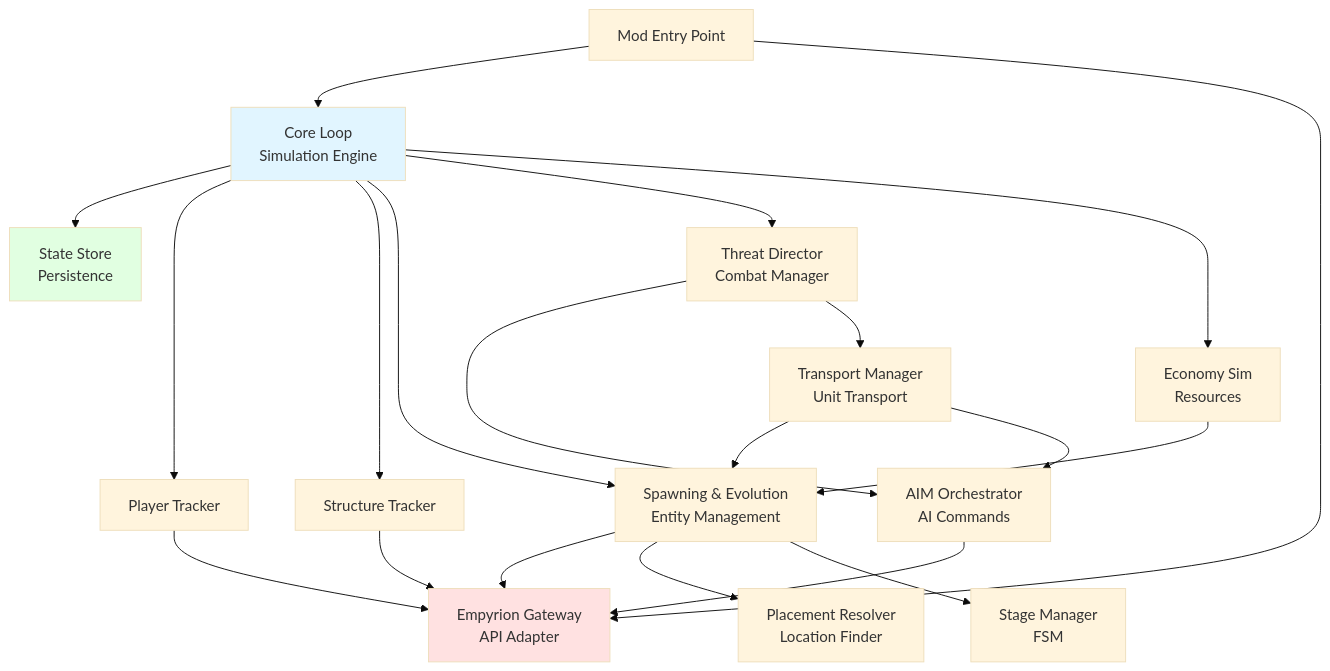
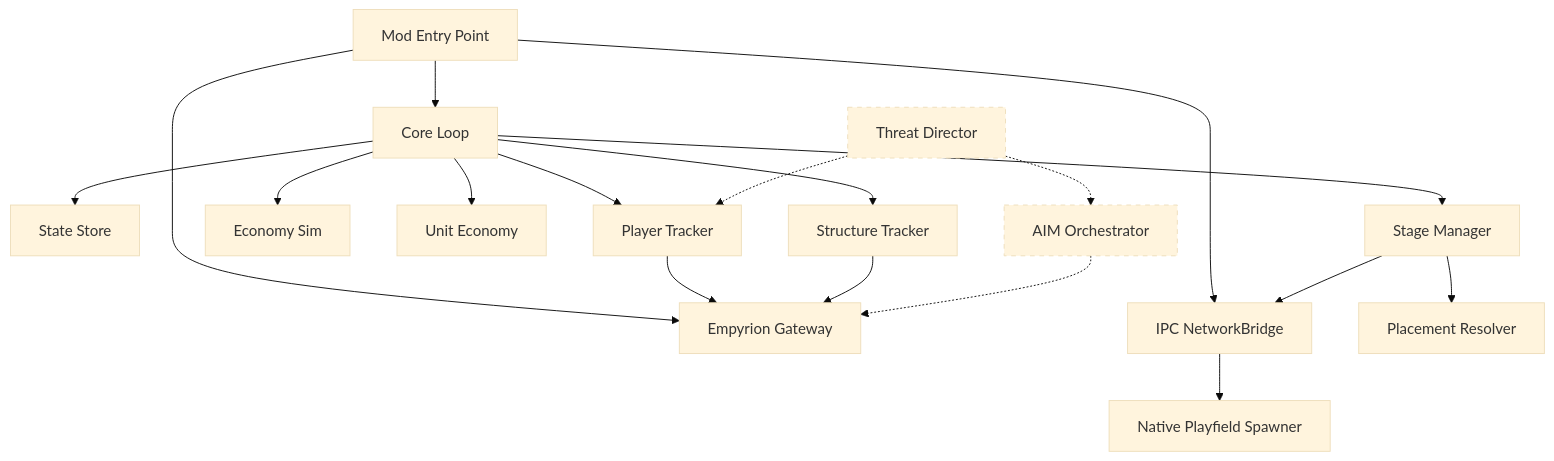
One commit to Gexon/GalacticExpansion changed the diagram in docs/architecture/04_Modular_Development_Plan.md. Above: the diagram before and after it, drawn with Mermaid (base theme). The commit also changed other lines of this file, not shown here.

````diff
--- a/docs/architecture/04_Modular_Development_Plan.md
+++ b/docs/architecture/04_Modular_Development_Plan.md
@@ -38,51 +46,47 @@
 ```mermaid
 graph TB
     ModEntry[Mod Entry Point]
-    
-    CoreLoop[Core Loop<br/>Simulation Engine]
-    Gateway[Empyrion Gateway<br/>API Adapter]
-    StateStore[State Store<br/>Persistence]
-    
-    SpawnEvo[Spawning & Evolution<br/>Entity Management]
-    Placement[Placement Resolver<br/>Location Finder]
-    StageManager[Stage Manager<br/>FSM]
-    
-    AIMOrch[AIM Orchestrator<br/>AI Commands]
-    ThreatDir[Threat Director<br/>Combat Manager]
-    TransportMgr[Transport Manager<br/>Unit Transport]
-    
+
+    CoreLoop[Core Loop]
+    Gateway[Empyrion Gateway]
+    StateStore[State Store]
+    IPC[IPC NetworkBridge]
+
+    SpawnEvo[Stage Manager]
+    Placement[Placement Resolver]
+    EcoSim[Economy Sim]
+    UnitEco[Unit Economy]
+
+    PfSpawn[Native Playfield Spawner]
+
+    AIMOrch[AIM Orchestrator]
+    ThreatDir[Threat Director]
+
     PlayerTracker[Player Tracker]
     StructTracker[Structure Tracker]
-    
-    EcoSim[Economy Sim<br/>Resources]
-    
+
     ModEntry --> CoreLoop
     ModEntry --> Gateway
-    
+    ModEntry --> IPC
+
     CoreLoop --> StateStore
     CoreLoop --> PlayerTracker
     CoreLoop --> StructTracker
     CoreLoop --> SpawnEvo
-    CoreLoop --> ThreatDir
     CoreLoop --> EcoSim
-    
-    SpawnEvo --> Gateway
+    CoreLoop --> UnitEco
+
+    SpawnEvo --> IPC
     SpawnEvo --> Placement
-    SpawnEvo --> StageManager
-    
-    ThreatDir --> AIMOrch
-    ThreatDir --> TransportMgr
-    AIMOrch --> Gateway
-    
-    TransportMgr --> SpawnEvo
-    TransportMgr --> AIMOrch
-    
+    IPC --> PfSpawn
+
     PlayerTracker --> Gateway
     StructTracker --> Gateway
-    
-    EcoSim --> SpawnEvo
-    
-    style CoreLoop fill:#e1f5ff
-    style Gateway fill:#ffe1e1
-    style StateStore fill:#e1ffe1
+
+    ThreatDir -.-> AIMOrch
+    AIMOrch -.-> Gateway
+    ThreatDir -.-> PlayerTracker
+
+    style AIMOrch stroke-dasharray: 5 5
+    style ThreatDir stroke-dasharray: 5 5
 ```
````
